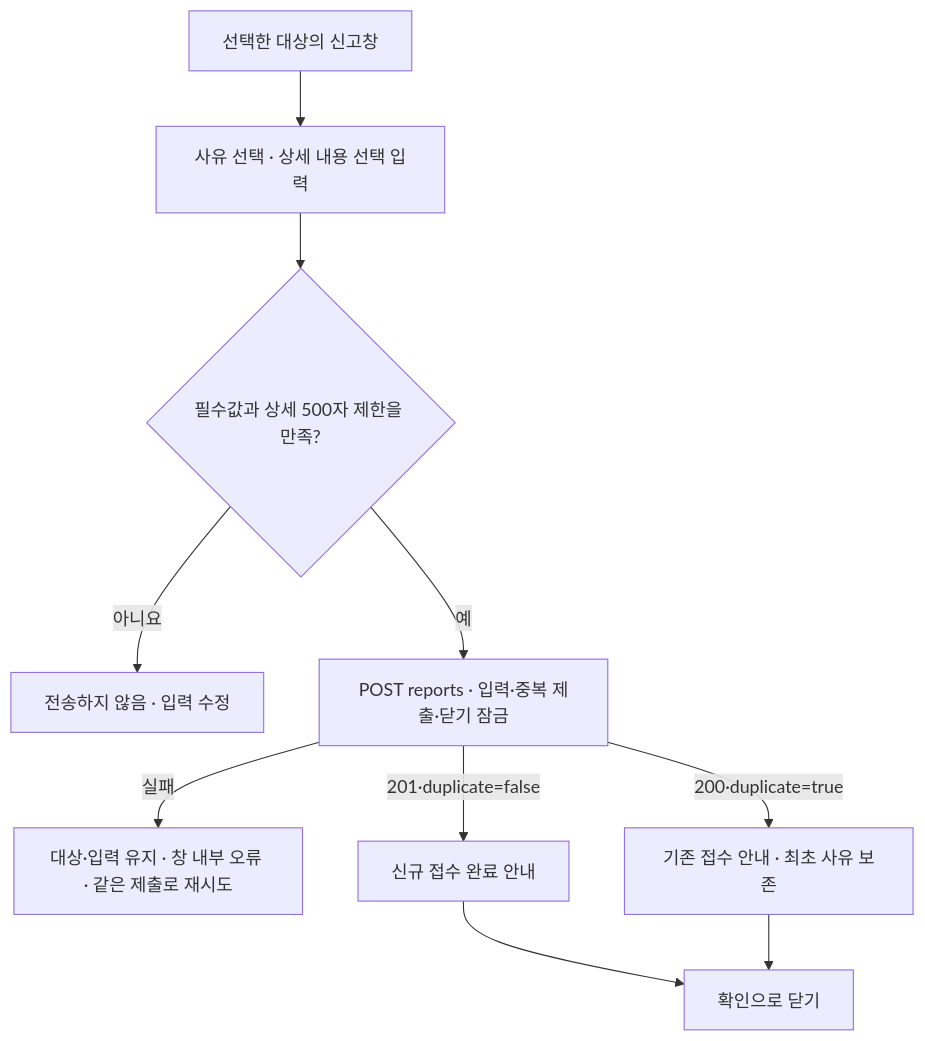
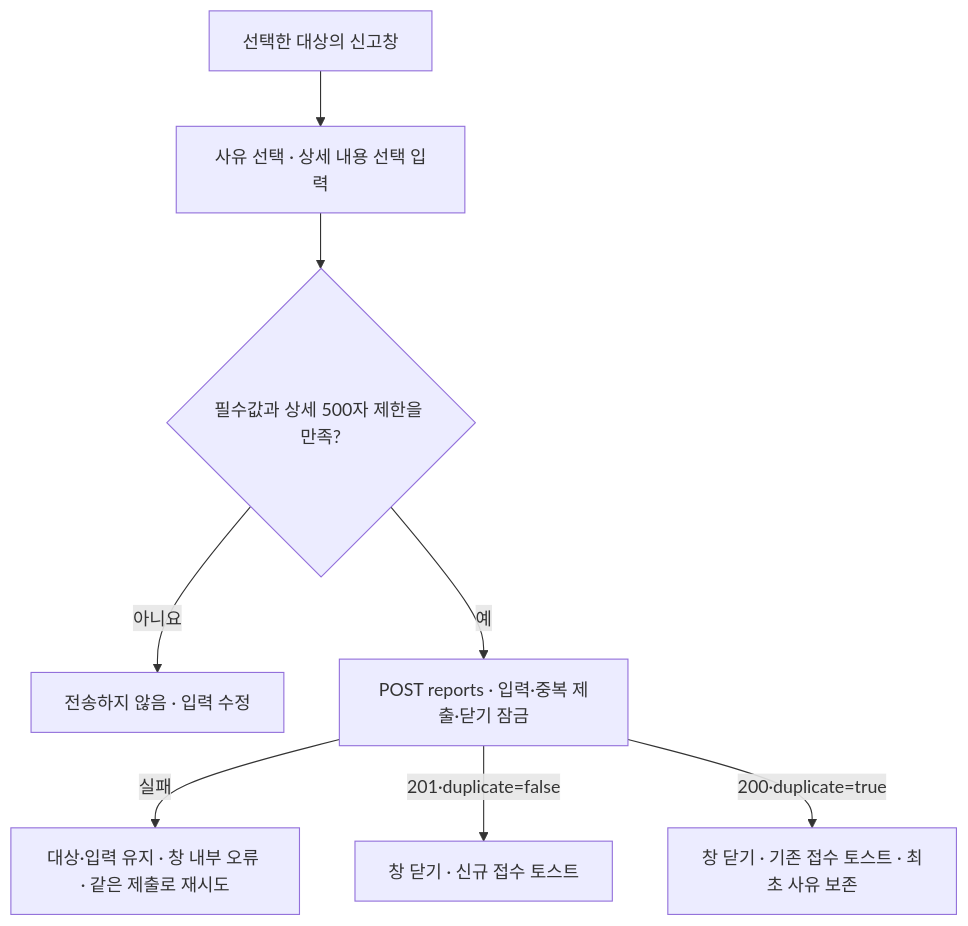
The second of 6 diagrams in frontend/web/docs/user-blocking-scenarios.md (woowacourse-teams/2026-Harudle), drawn with Mermaid before and after one commit. The commit also changed other lines of this file and 33 other files, not shown here.

````diff
--- a/frontend/web/docs/user-blocking-scenarios.md
+++ b/frontend/web/docs/user-blocking-scenarios.md
@@ -31,12 +31,10 @@
 ```mermaid
 flowchart TD
     OPEN["선택한 대상의 신고창"] --> INPUT["사유 선택 · 상세 내용 선택 입력"]
     INPUT --> VALID{"필수값과 상세 500자 제한을 만족?"}
     VALID -->|아니요| FIX["전송하지 않음 · 입력 수정"]
     VALID -->|예| SEND["POST reports · 입력·중복 제출·닫기 잠금"]
     SEND -->|실패| ERROR["대상·입력 유지 · 창 내부 오류 · 같은 제출로 재시도"]
-    SEND -->|201·duplicate=false| NEW["신규 접수 완료 안내"]
-    SEND -->|200·duplicate=true| DUP["기존 접수 안내 · 최초 사유 보존"]
-    NEW --> CLOSE["확인으로 닫기"]
-    DUP --> CLOSE
+    SEND -->|201·duplicate=false| NEW["창 닫기 · 신규 접수 토스트"]
+    SEND -->|200·duplicate=true| DUP["창 닫기 · 기존 접수 토스트 · 최초 사유 보존"]
 ```
````
